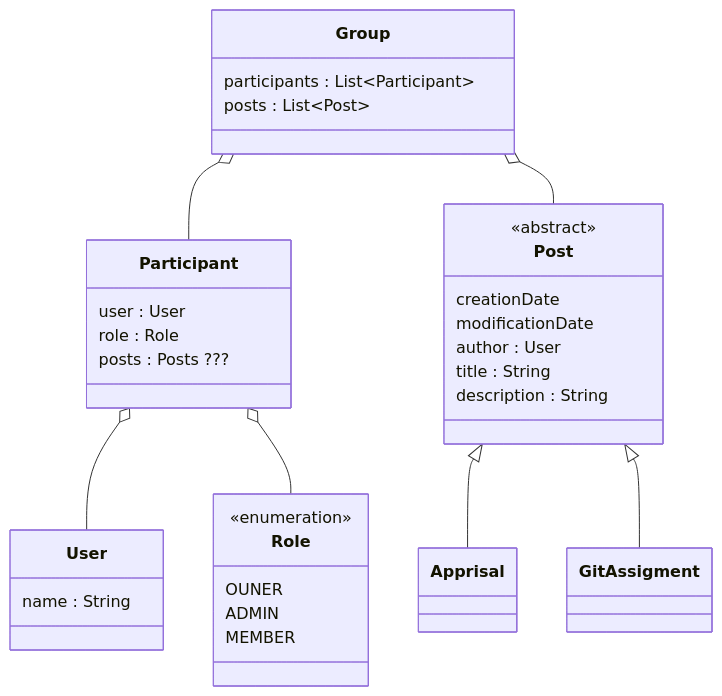
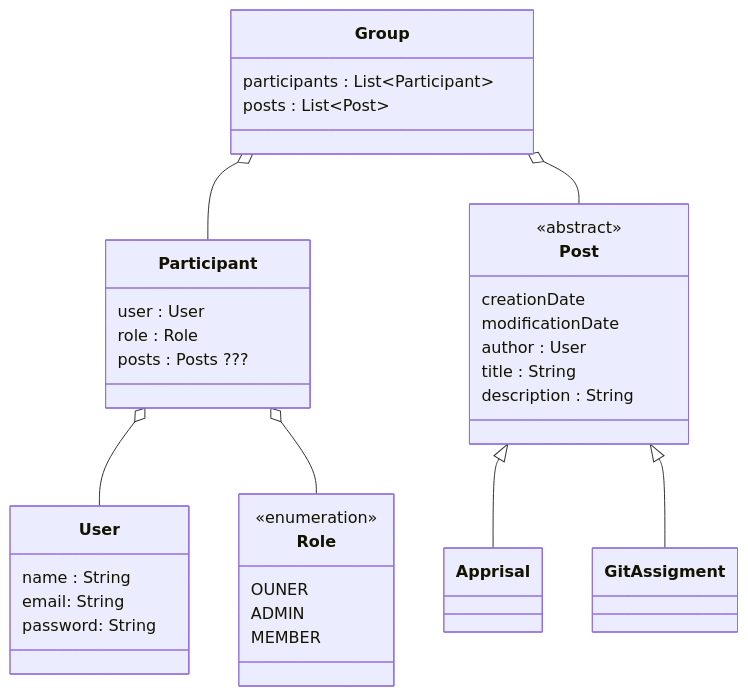
The diagram in docs/Class diagram.md (Cub-IT/.github), drawn with Mermaid before and after one commit.

Commit message:
Update Class diagram.md
Updated: user fields

````diff
--- a/docs/Class diagram.md
+++ b/docs/Class diagram.md
@@ -1,42 +1,44 @@
 ```mermaid
 classDiagram
     Participant o-- User
     Participant o-- Role
     Group o-- Participant
     Group o-- Post
     Post <|-- Apprisal
     Post <|-- GitAssigment
 
     class User {
         name : String
+        email: String
+        password: String
     }
     class Participant {
         user : User
         role : Role
         posts : Posts ???
     }
     class Role {
         <<enumeration>>
         OUNER
         ADMIN
         MEMBER
     }
     class Group {
         participants : List~Participant~
         posts : List~Post~
     }
     class Post {
         <<abstract>>
         creationDate
         modificationDate
         author : User
         title : String
         description : String
     }
     class Apprisal{
 
     }
     class GitAssigment {
 
     }
 ```
````
